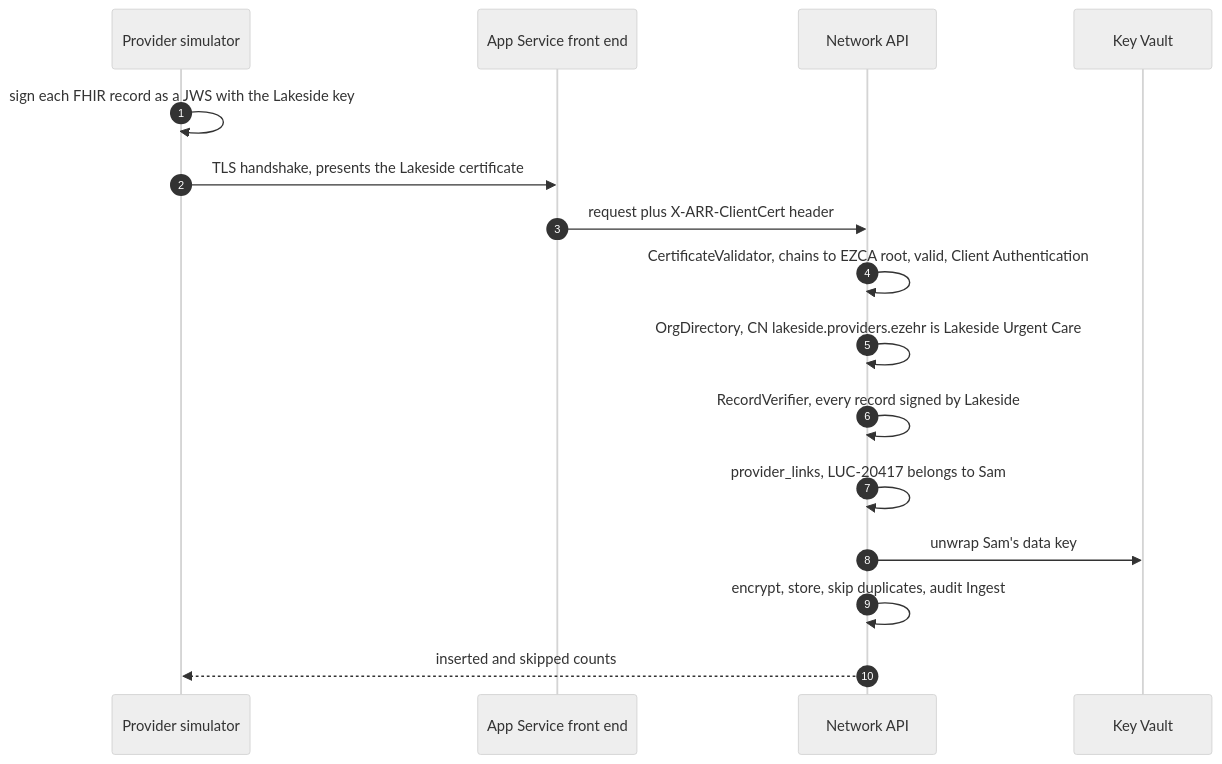
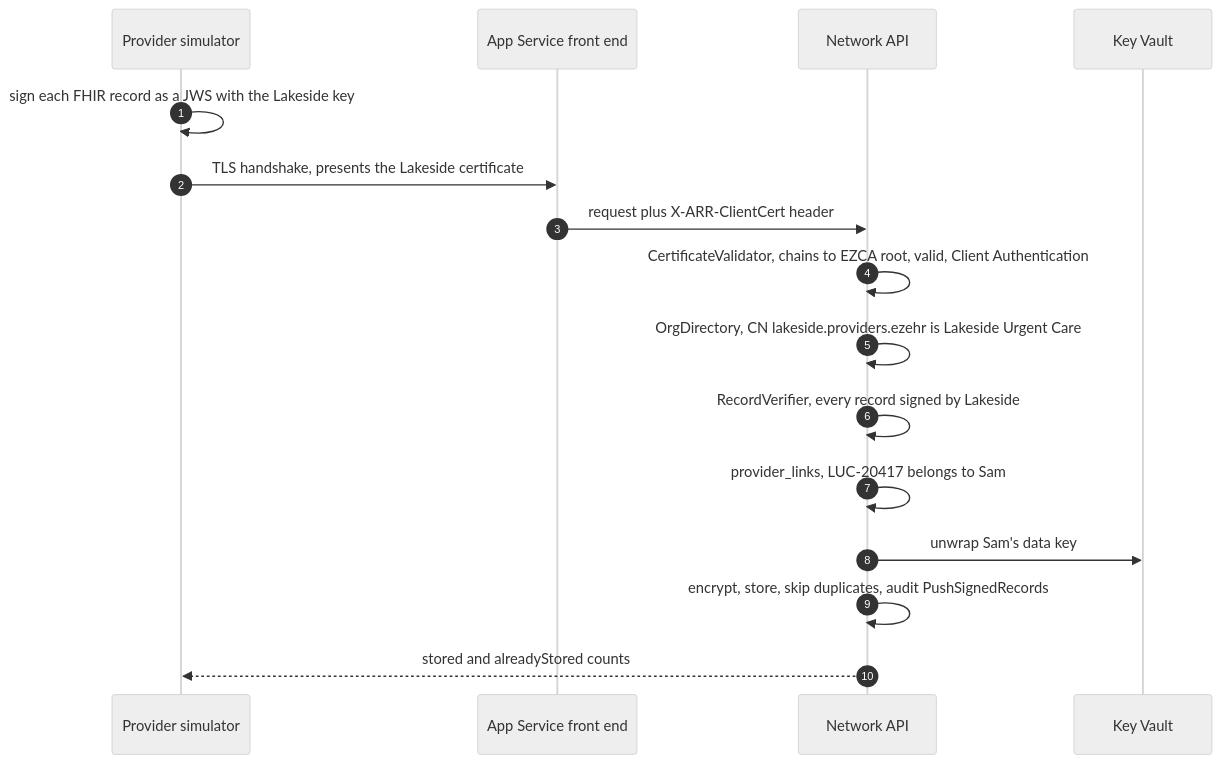
The sixth of 11 diagrams in docs/auth-flows.md (ParkerHitch/EZEHR), drawn with Mermaid (neutral theme) before and after one commit. The commit also changed other lines of this file and 36 other files, not shown here.

````diff
--- a/docs/auth-flows.md
+++ b/docs/auth-flows.md
@@ -213,18 +225,18 @@
 ```mermaid
 sequenceDiagram
   autonumber
   participant Tool as Provider simulator
   participant FE as App Service front end
   participant App as Network API
   participant KV as Key Vault
   Tool->>Tool: sign each FHIR record as a JWS with the Lakeside key
   Tool->>FE: TLS handshake, presents the Lakeside certificate
   FE->>App: request plus X-ARR-ClientCert header
   App->>App: CertificateValidator, chains to EZCA root, valid, Client Authentication
   App->>App: OrgDirectory, CN lakeside.providers.ezehr is Lakeside Urgent Care
   App->>App: RecordVerifier, every record signed by Lakeside
   App->>App: provider_links, LUC-20417 belongs to Sam
   App->>KV: unwrap Sam's data key
-  App->>App: encrypt, store, skip duplicates, audit Ingest
-  App-->>Tool: inserted and skipped counts
+  App->>App: encrypt, store, skip duplicates, audit PushSignedRecords
+  App-->>Tool: stored and alreadyStored counts
 ```
````
